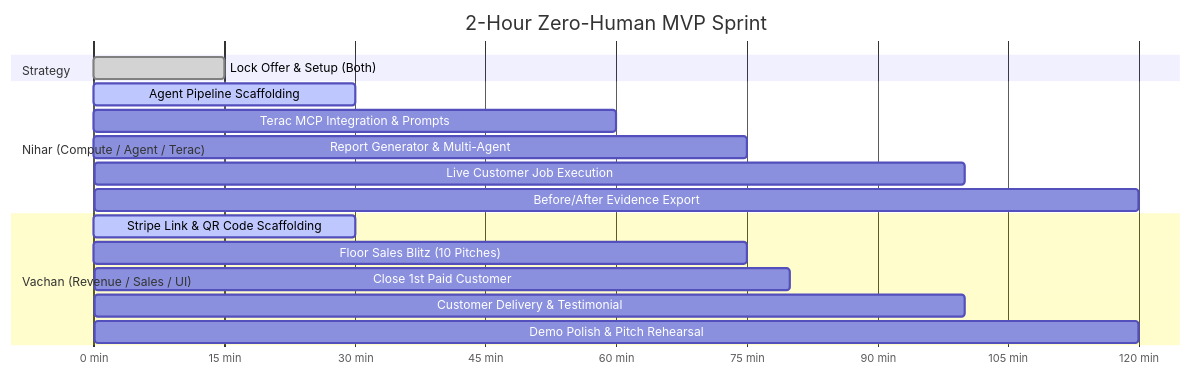
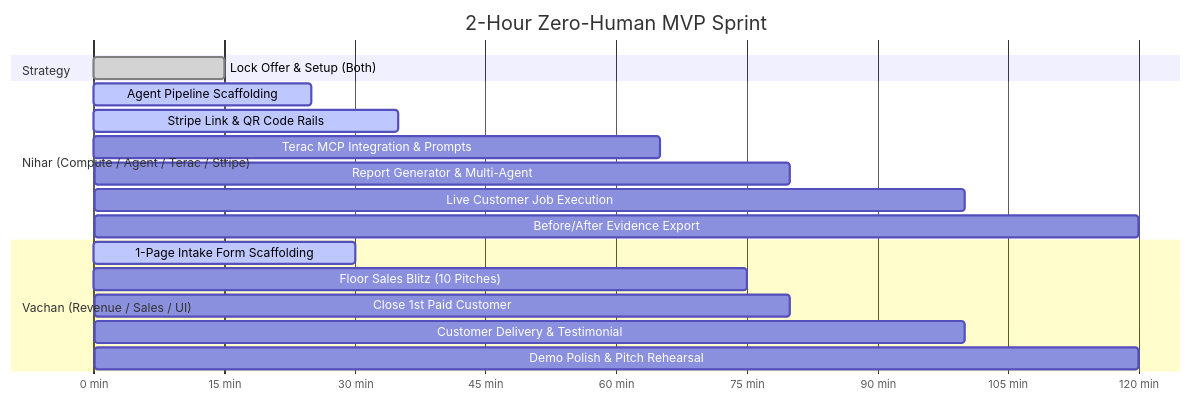
One commit to vachanbhogi/zero-human changed the diagram in MVP.md. Above: the diagram before and after it, drawn with Mermaid. The commit also changed other lines of this file, not shown here.

Commit message:
docs: reassign Stripe payment rails task to Nihar in MVP.md

````diff
--- a/MVP.md
+++ b/MVP.md
@@ -161,23 +162,24 @@
 ```mermaid
 gantt
     title 2-Hour Zero-Human MVP Sprint
     dateFormat  X
     axisFormat %s min
 
     section Strategy
     Lock Offer & Setup (Both)       :done, 0, 15
 
-    section Nihar (Compute / Agent / Terac)
-    Agent Pipeline Scaffolding      :active, 15, 30
-    Terac MCP Integration & Prompts :30, 60
-    Report Generator & Multi-Agent  :60, 75
-    Live Customer Job Execution     :75, 100
-    Before/After Evidence Export    :100, 120
+    section Nihar (Compute / Agent / Terac / Stripe)
+    Agent Pipeline Scaffolding        :active, 15, 25
+    Stripe Link & QR Code Rails       :active, 25, 35
+    Terac MCP Integration & Prompts   :35, 65
+    Report Generator & Multi-Agent    :65, 80
+    Live Customer Job Execution       :80, 100
+    Before/After Evidence Export      :100, 120
 
     section Vachan (Revenue / Sales / UI)
-    Stripe Link & QR Code Scaffolding :active, 15, 30
+    1-Page Intake Form Scaffolding    :active, 15, 30
     Floor Sales Blitz (10 Pitches)    :30, 75
     Close 1st Paid Customer           :75, 80
     Customer Delivery & Testimonial   :80, 100
     Demo Polish & Pitch Rehearsal     :100, 120
 ```
````
